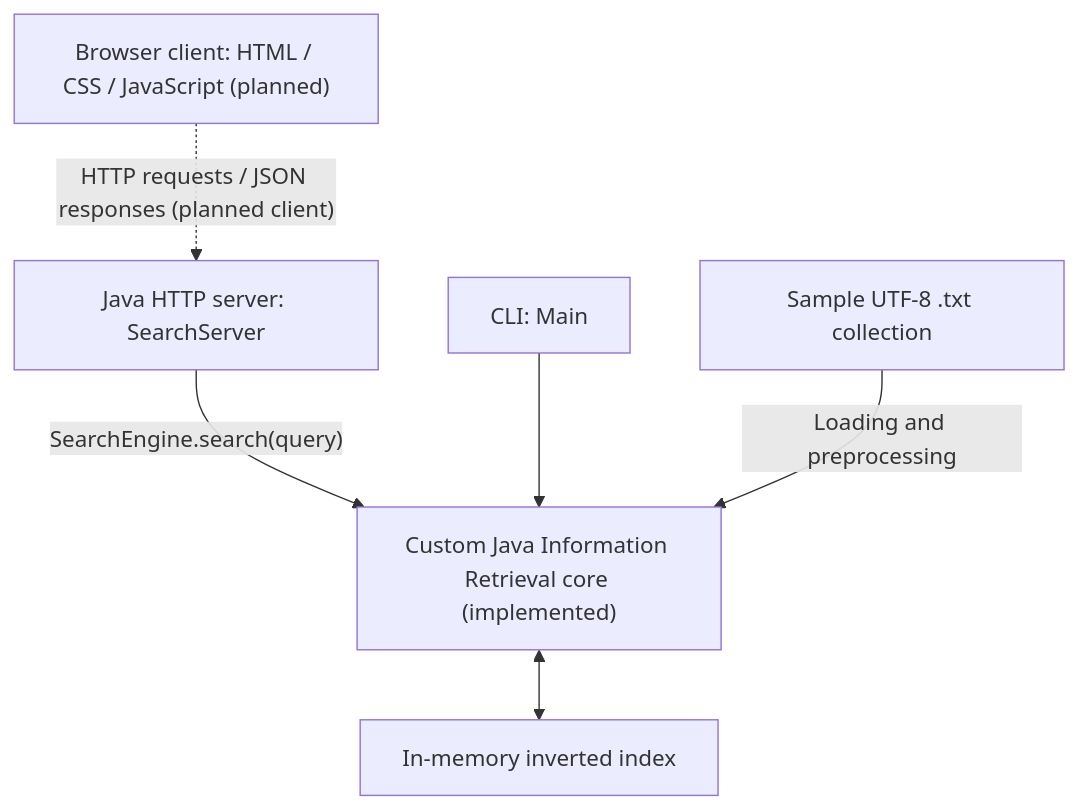
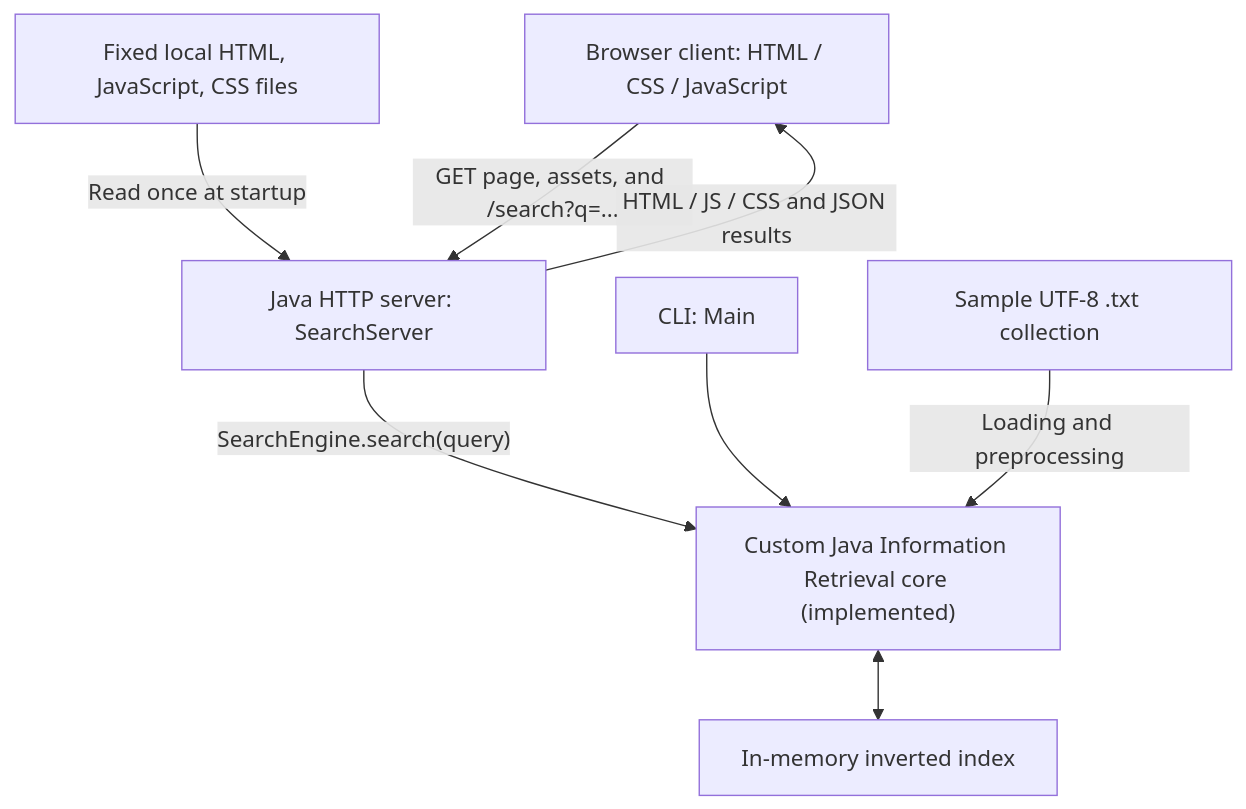
One commit to RIFAT-x7/iit-search-engine changed the diagram in README.md. Above: the diagram before and after it, drawn with Mermaid. The commit also changed other lines of this file and 4 other files, not shown here.

Commit message:
docs: document browser client and frontend learning

````diff
--- a/README.md
+++ b/README.md
@@ -28,14 +29,17 @@
 ```mermaid
 flowchart TD
-    Client["Browser client: HTML / CSS / JavaScript (planned)"]
+    Client["Browser client: HTML / CSS / JavaScript"]
     Server["Java HTTP server: SearchServer"]
+    Assets["Fixed local HTML, JavaScript, CSS files"]
     CLI["CLI: Main"]
     Core["Custom Java Information Retrieval core (implemented)"]
     Index["In-memory inverted index"]
     Data["Sample UTF-8 .txt collection"]
-    Client -.->|"HTTP requests / JSON responses (planned client)"| Server
+    Assets -->|"Read once at startup"| Server
+    Client -->|"GET page, assets, and /search?q=..."| Server
+    Server -->|"HTML / JS / CSS and JSON results"| Client
     Server -->|"SearchEngine.search(query)"| Core
     CLI --> Core
     Data -->|"Loading and preprocessing"| Core
     Core <--> Index
 ```
````
